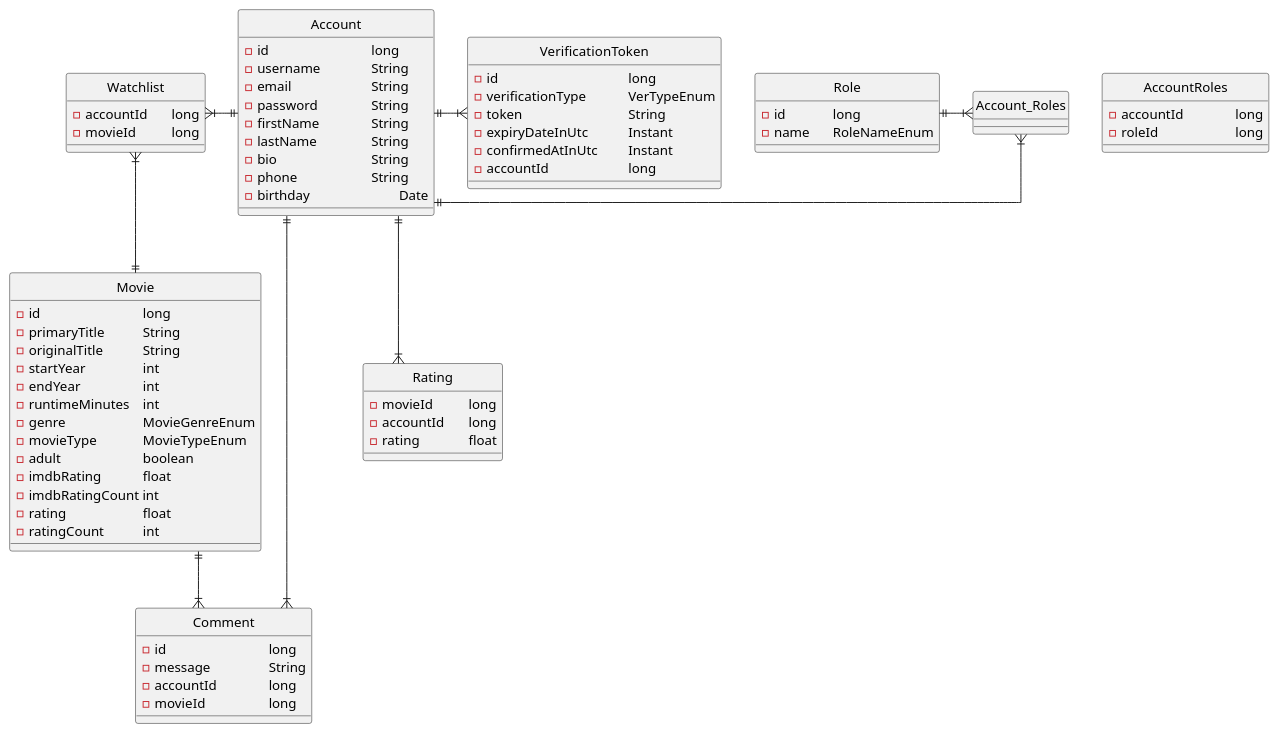
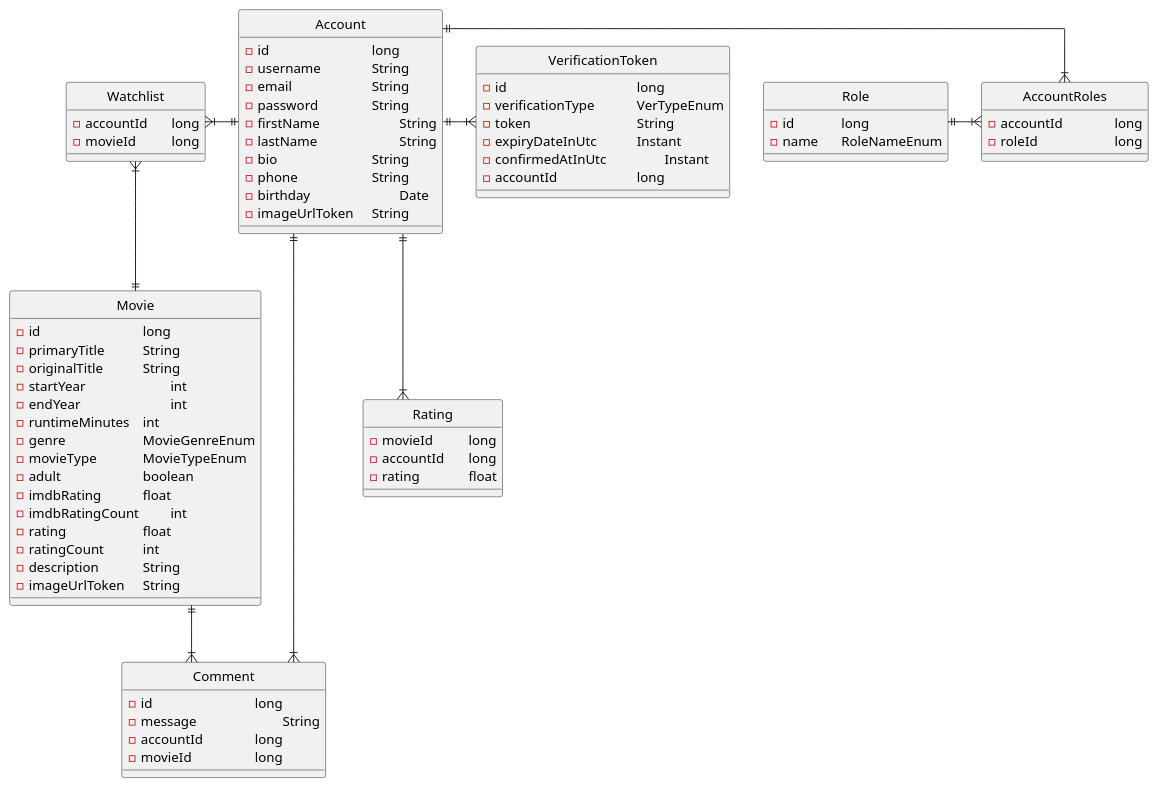
Before and after one commit to NiklasTiede/imdb-clone: the diagram in infrastructure/datamodel.puml, drawn with PlantUML. The commit also changed 3 other files, not shown here.

```diff
--- a/infrastructure/datamodel.puml
+++ b/infrastructure/datamodel.puml
@@ -1,83 +1,86 @@
 @startuml
 
 
 skinparam linetype polyline
 skinparam linetype ortho
 
 hide circle
 class Movie {
   - id \t\t\t\t long
   - primaryTitle \t\t String
   - originalTitle \t\t String
-  - startYear \t\t int
-  - endYear \t\t int
+  - startYear \t\t\t int
+  - endYear \t\t\t int
   - runtimeMinutes \t int
   - genre \t\t\t MovieGenreEnum
   - movieType \t\t MovieTypeEnum
   - adult \t\t\t boolean
   - imdbRating \t\t float
-  - imdbRatingCount int
+  - imdbRatingCount \t int
   - rating \t\t\t float
   - ratingCount \t\t int
+  - description \t\t String
+  - imageUrlToken \t String
 }
 
 class Account {
   - id \t\t\t\t long
   - username \t\t String
   - email \t\t\t String
   - password \t\t String
-  - firstName \t\t String
-  - lastName \t\t String
+  - firstName \t\t\t String
+  - lastName \t\t\t String
   - bio \t\t\t\t String
   - phone \t\t\t String
   - birthday \t\t\t Date
+  - imageUrlToken \t String
 }
 
 class Rating {
   - movieId \t\t long
   - accountId \t long
   - rating \t\t float
 }
 
 class Comment {
   - id \t\t\t\t long
-  - message \t\t String
+  - message \t\t\t String
   - accountId \t\t long
   - movieId \t\t\t long
 }
 
 class Watchlist {
   - accountId \t long
   - movieId \t\t long
 }
 
 class Role {
   - id \t\t long
   - name \t RoleNameEnum
 }
 
 class AccountRoles {
   - accountId \t\t long
   - roleId \t\t\t long
 }
 
 
 class VerificationToken {
   - id \t\t\t\t\t long
   - verificationType \t\t VerTypeEnum
   - token \t\t\t\t String
   - expiryDateInUtc \t\t Instant
-  - confirmedAtInUtc \t Instant
+  - confirmedAtInUtc \t\t Instant
   - accountId \t\t\t long
 }
 
 Account ||-down-|{ Rating
 Account ||-left-|{ Watchlist
 Account ||-right-|{ Comment
-Account ||-right-|{ Account_Roles
-Role ||-right-|{ Account_Roles
+Account ||-right-|{ AccountRoles
+Role ||-right-|{ AccountRoles
 Account ||-right-|{ VerificationToken
 Movie ||-down-|{ Comment
 Movie ||-up-|{ Watchlist
 
 @enduml
```
